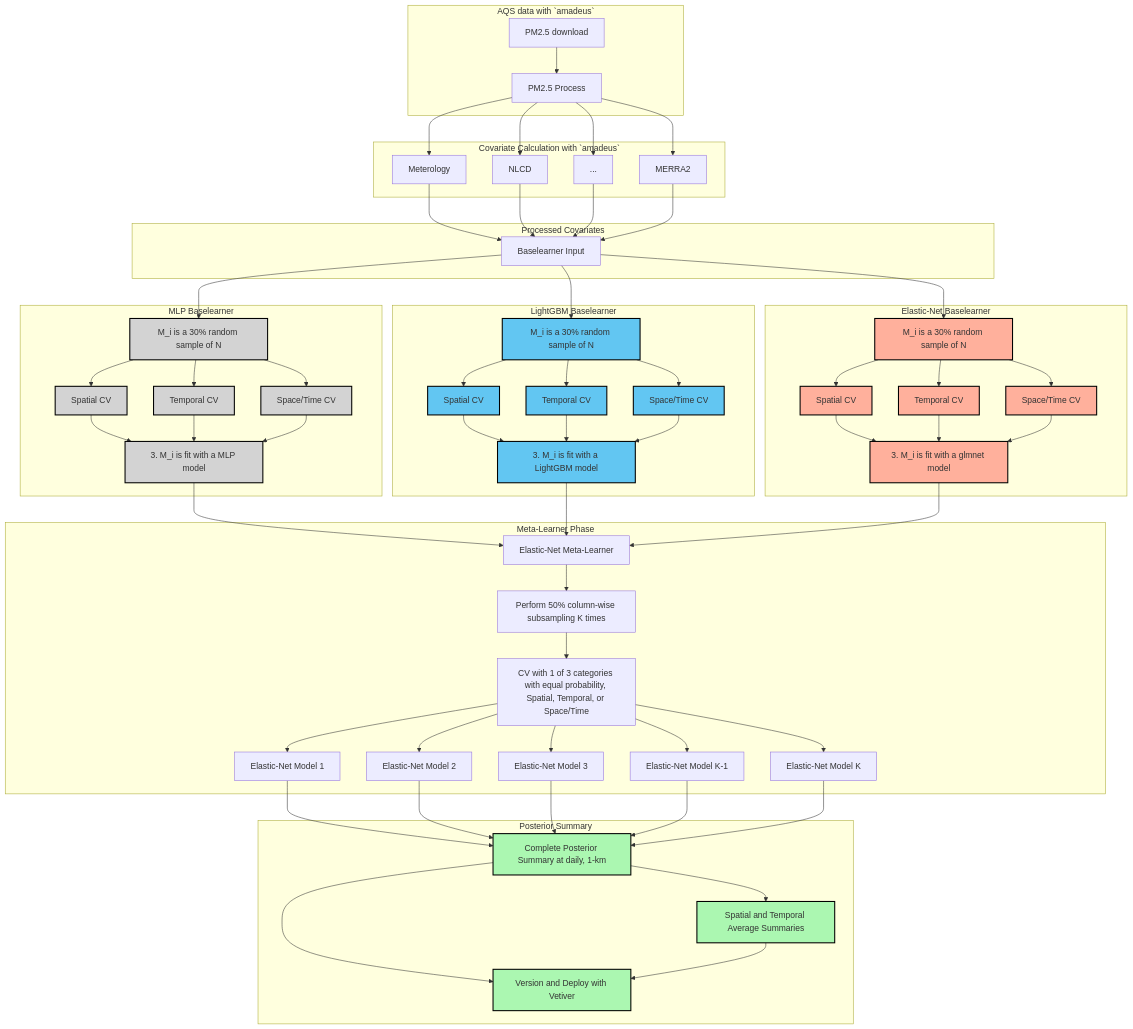
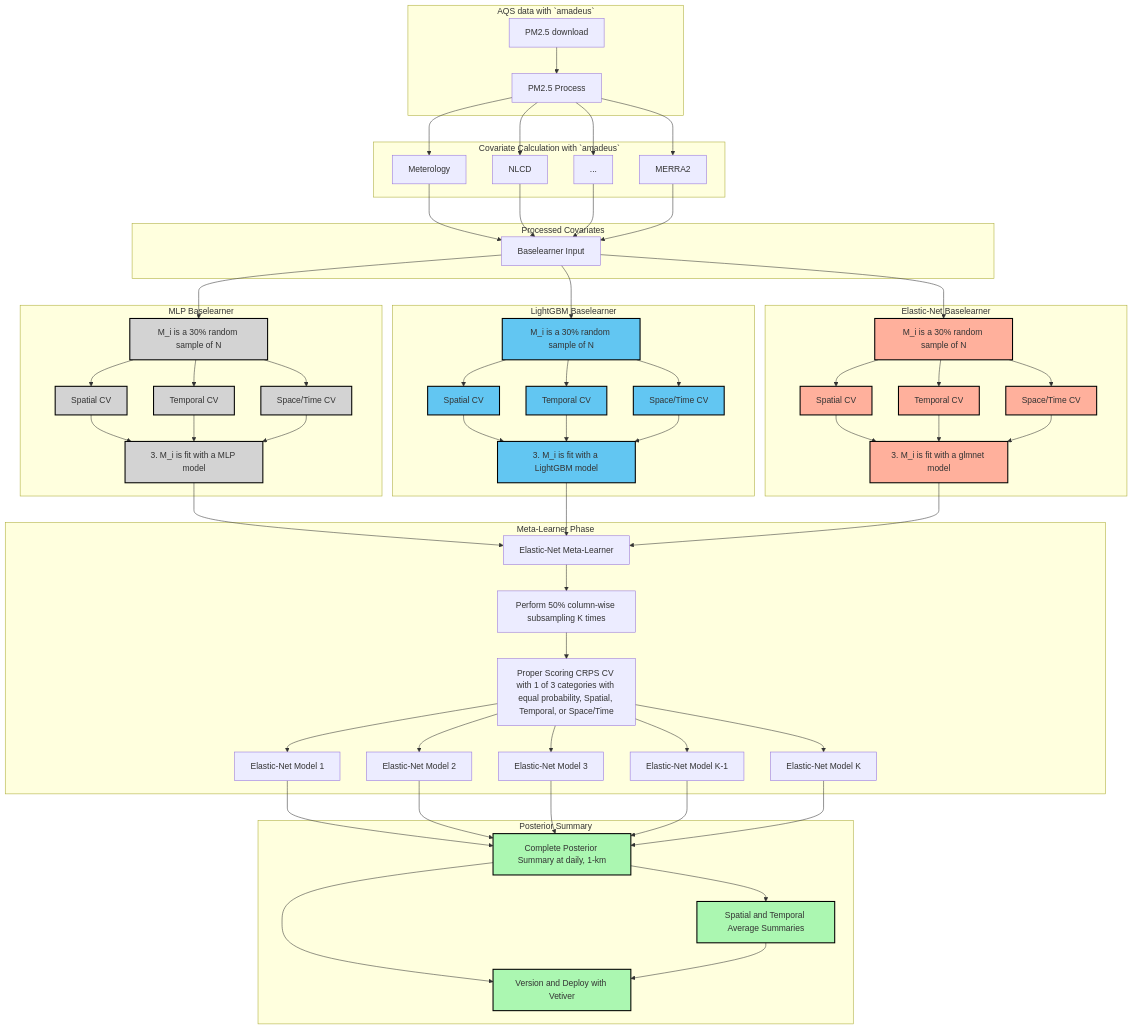
One commit to NIEHS/beethoven changed the diagram in README.md. Above: the diagram before and after it, drawn with Mermaid.

```diff
--- a/README.md
+++ b/README.md
@@ -84,7 +84,7 @@
 
     subgraph Meta-Learner Phase
         D1 --> E1[Perform 50% column-wise subsampling K times]
-        E1 --> E1b[CV with 1 of 3 categories with equal probability, Spatial, Temporal, or Space/Time]
+        E1 --> E1b[Proper Scoring CRPS CV with 1 of 3 categories with equal probability, Spatial, Temporal, or Space/Time]
         E1b --> M1[Elastic-Net Model 1]
         E1b --> M2[Elastic-Net Model 2]
         E1b --> M3[Elastic-Net Model 3]
```
